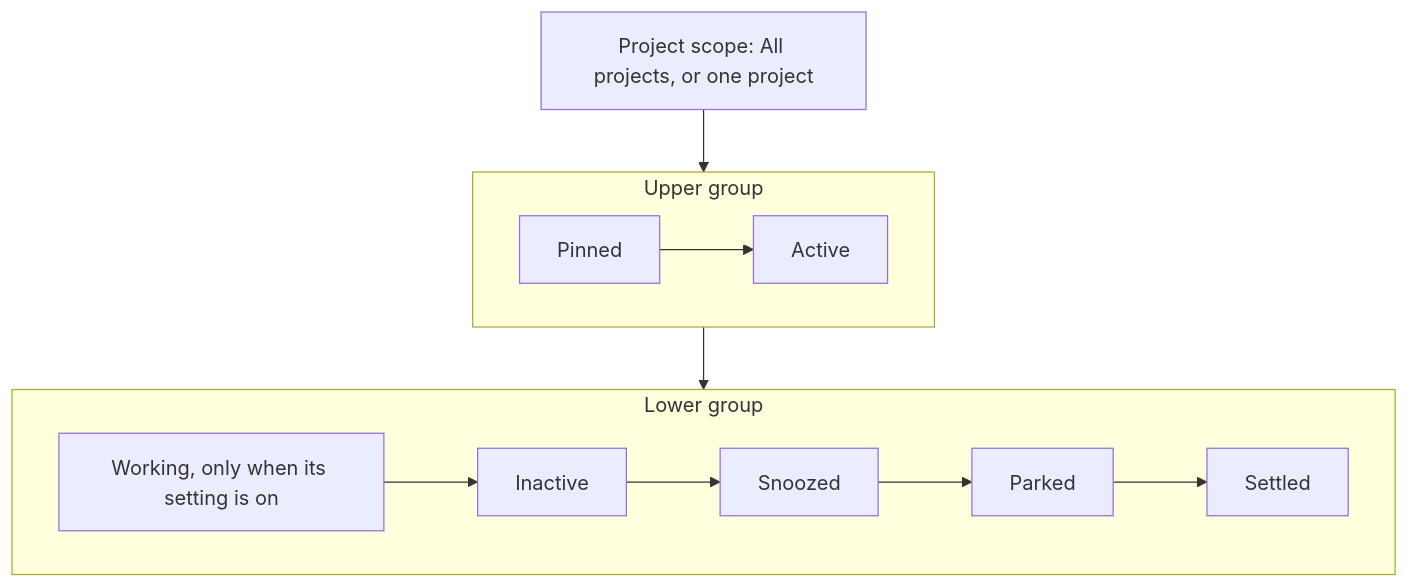
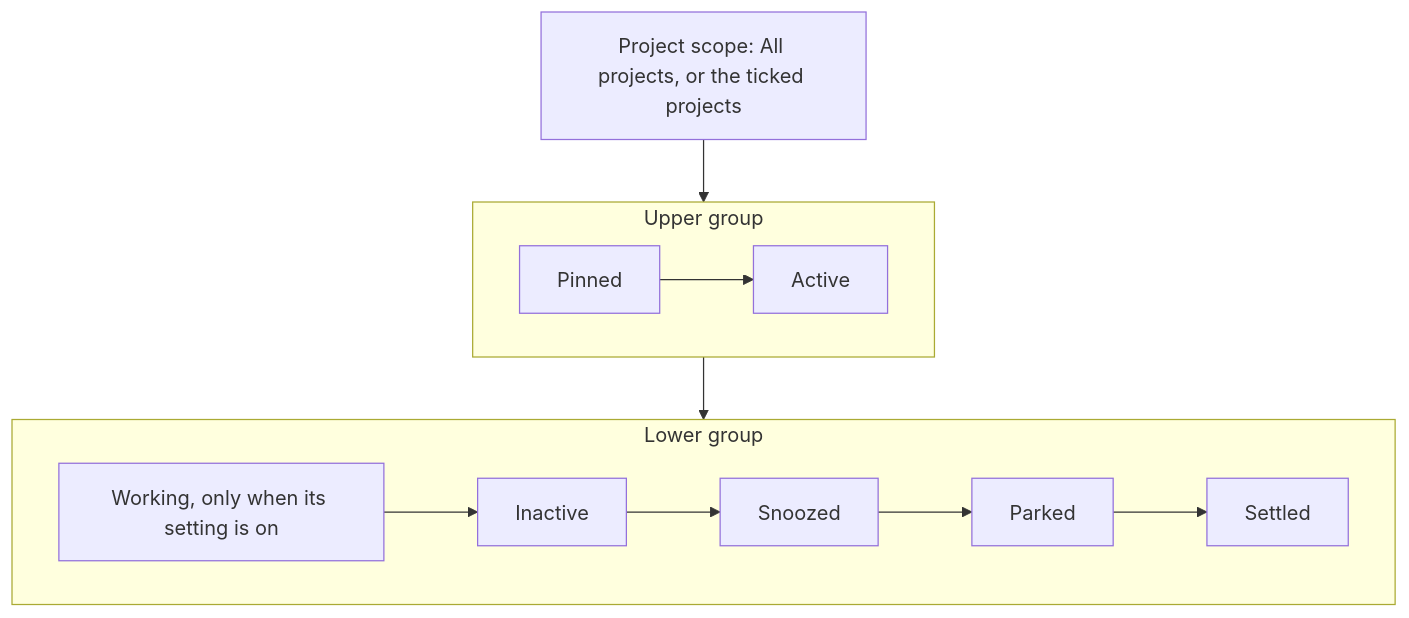
The first of 2 diagrams in docs/reference/thread-glance-list.md (gperezmz/bb-plugins), drawn with Mermaid before and after one commit. The commit also changed other lines of this file and 25 other files, not shown here.

````diff
--- a/docs/reference/thread-glance-list.md
+++ b/docs/reference/thread-glance-list.md
@@ -3,11 +3,11 @@
 ```mermaid
 flowchart TB
-  scope["Project scope: All projects, or one project"]
+  scope["Project scope: All projects, or the ticked projects"]
   subgraph upper["Upper group"]
     pinned["Pinned"] --> active["Active"]
   end
   subgraph lower["Lower group"]
     working["Working, only when its setting is on"] --> inactive["Inactive"] --> snoozed["Snoozed"] --> parked["Parked"] --> settled["Settled"]
   end
   scope --> upper --> lower
 ```
````
